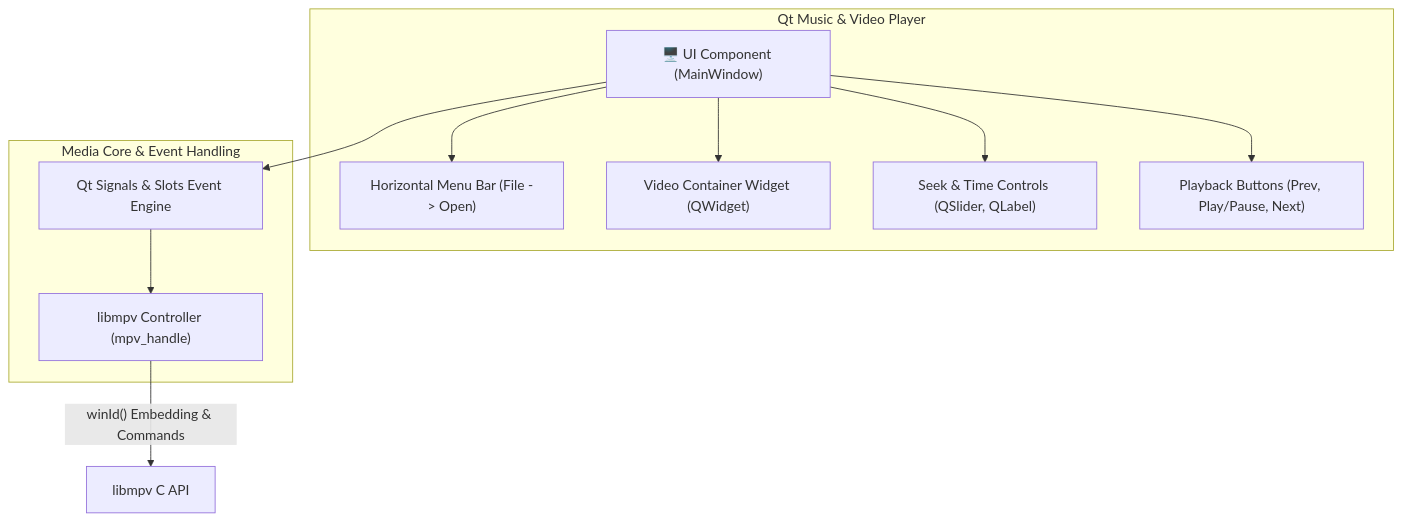
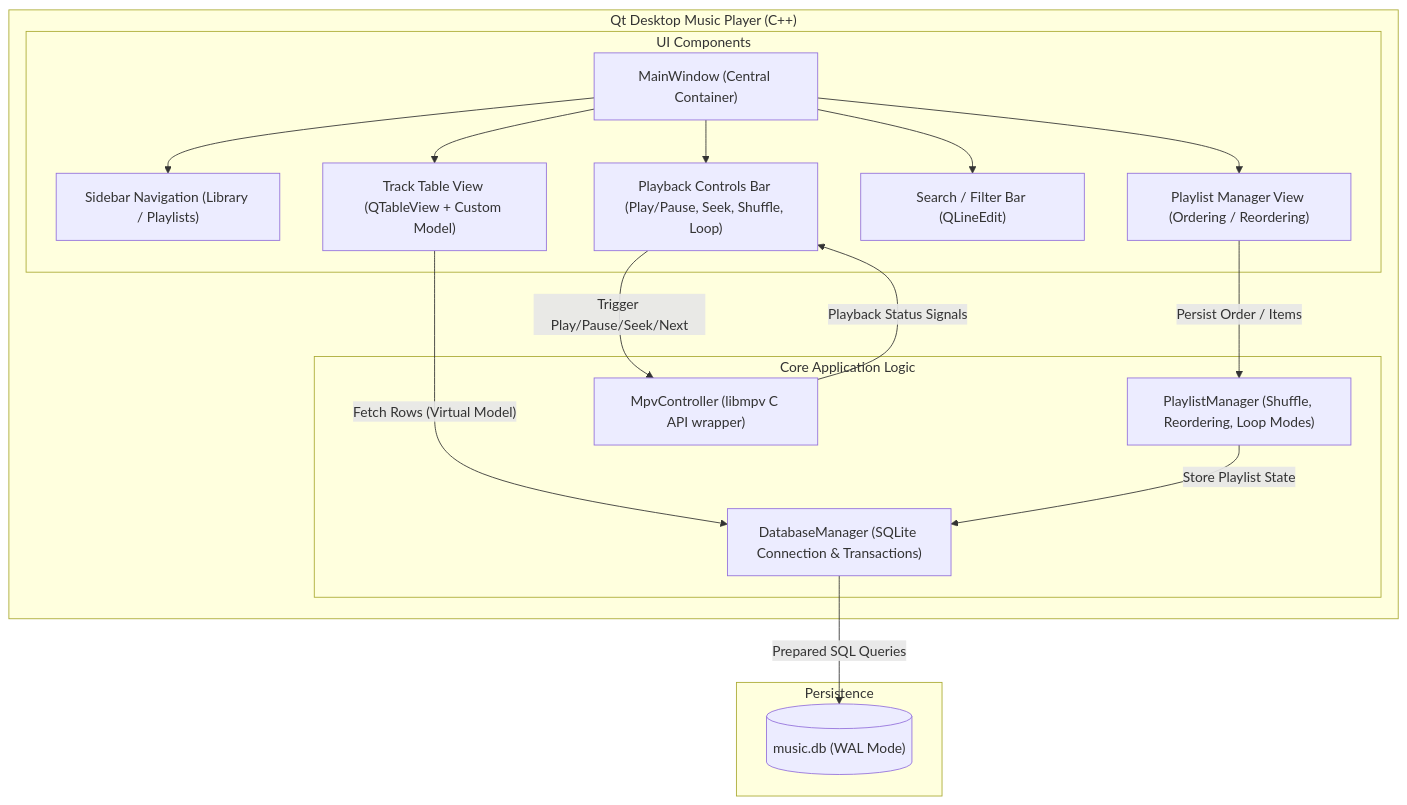
One commit to ziq3/music-player changed the second of 6 diagrams in docs/DESIGN.md. Above: the diagram before and after it, drawn with Mermaid. The commit also changed other lines of this file and 2 other files, not shown here.

Commit message:
docs: change architecture diagrams, AGENTS.md, and SKILLS.md

````diff
--- a/docs/DESIGN.md
+++ b/docs/DESIGN.md
@@ -24,24 +28,37 @@
 ```mermaid
 graph TB
-    subgraph Qt App ["Qt Music & Video Player"]
-        UI["🖥️ UI Component (MainWindow)"]
-        MenuBar["Horizontal Menu Bar (File -> Open)"]
-        VideoArea["Video Container Widget (QWidget)"]
-        SeekBar["Seek & Time Controls (QSlider, QLabel)"]
-        ControlBar["Playback Buttons (Prev, Play/Pause, Next)"]
-        
-        UI --> MenuBar
-        UI --> VideoArea
-        UI --> SeekBar
-        UI --> ControlBar
+    subgraph Qt Desktop Application ["Qt Desktop Music Player (C++)"]
+        subgraph UI Layer ["UI Components"]
+            MainWindow["MainWindow (Central Container)"]
+            Sidebar["Sidebar Navigation (Library / Playlists)"]
+            TrackView["Track Table View (QTableView + Custom Model)"]
+            PlaylistView["Playlist Manager View (Ordering / Reordering)"]
+            SearchBar["Search / Filter Bar (QLineEdit)"]
+            PlayerBar["Playback Controls Bar (Play/Pause, Seek, Shuffle, Loop)"]
+            
+            MainWindow --> Sidebar
+            MainWindow --> TrackView
+            MainWindow --> PlaylistView
+            MainWindow --> SearchBar
+            MainWindow --> PlayerBar
+        end
+
+        subgraph Business Logic Layer ["Core Application Logic"]
+            DBManager["DatabaseManager (SQLite Connection & Transactions)"]
+            PlaylistManager["PlaylistManager (Shuffle, Reordering, Loop Modes)"]
+            MPVController["MpvController (libmpv C API wrapper)"]
+        end
+
+        TrackView -->|"Fetch Rows (Virtual Model)"| DBManager
+        PlaylistView -->|"Persist Order / Items"| PlaylistManager
+        PlaylistManager -->|"Store Playlist State"| DBManager
+        PlayerBar -->|"Trigger Play/Pause/Seek/Next"| MPVController
+        MPVController -->|"Playback Status Signals"| PlayerBar
     end
 
-    subgraph Core Logic ["Media Core & Event Handling"]
-        SignalSlots["Qt Signals & Slots Event Engine"]
-        MPVController["libmpv Controller (mpv_handle)"]
+    subgraph Database Layer ["Persistence"]
+        SQLiteFile[("music.db (WAL Mode)")]
     end
 
-    UI --> SignalSlots
-    SignalSlots --> MPVController
-    MPVController -->|"winId() Embedding & Commands"| LibMPVEngine["libmpv C API"]
+    DBManager -->|"Prepared SQL Queries"| SQLiteFile
 ```
````
